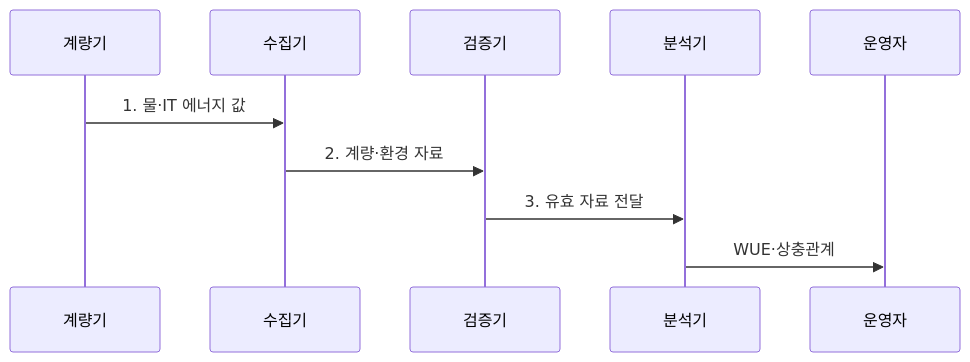
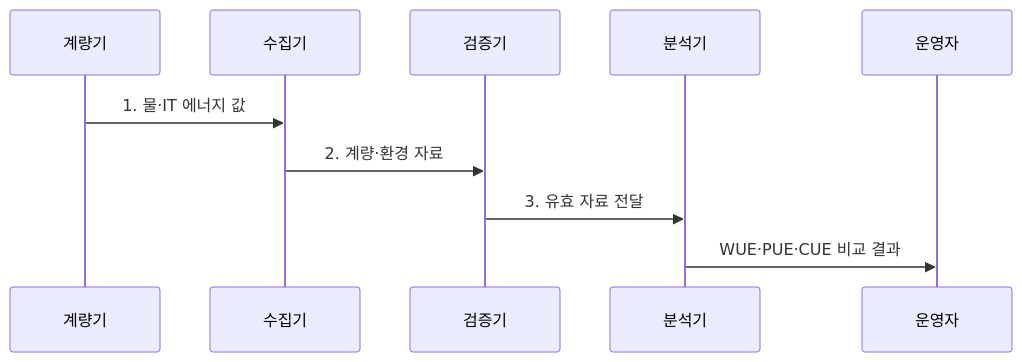
The second of 2 diagrams in src/content/docs/notes/02-hardware/059_water_usage_effectiveness.md (agnusdei1207/knowledge-base), drawn with Mermaid before and after one commit. The commit also changed other lines of this file and 15 other files, not shown here.

````diff
--- a/src/content/docs/notes/02-hardware/059_water_usage_effectiveness.md
+++ b/src/content/docs/notes/02-hardware/059_water_usage_effectiveness.md
@@ -88,13 +88,13 @@
 ```mermaid
 sequenceDiagram
     participant M as 계량기
     participant C as 수집기
     participant V as 검증기
     participant A as 분석기
     participant O as 운영자
 
     M->>C: 1. 물·IT 에너지 값
     C->>V: 2. 계량·환경 자료
     V->>A: 3. 유효 자료 전달
-    A->>O: WUE·상충관계
+    A->>O: WUE·PUE·CUE 비교 결과
 ```
````
